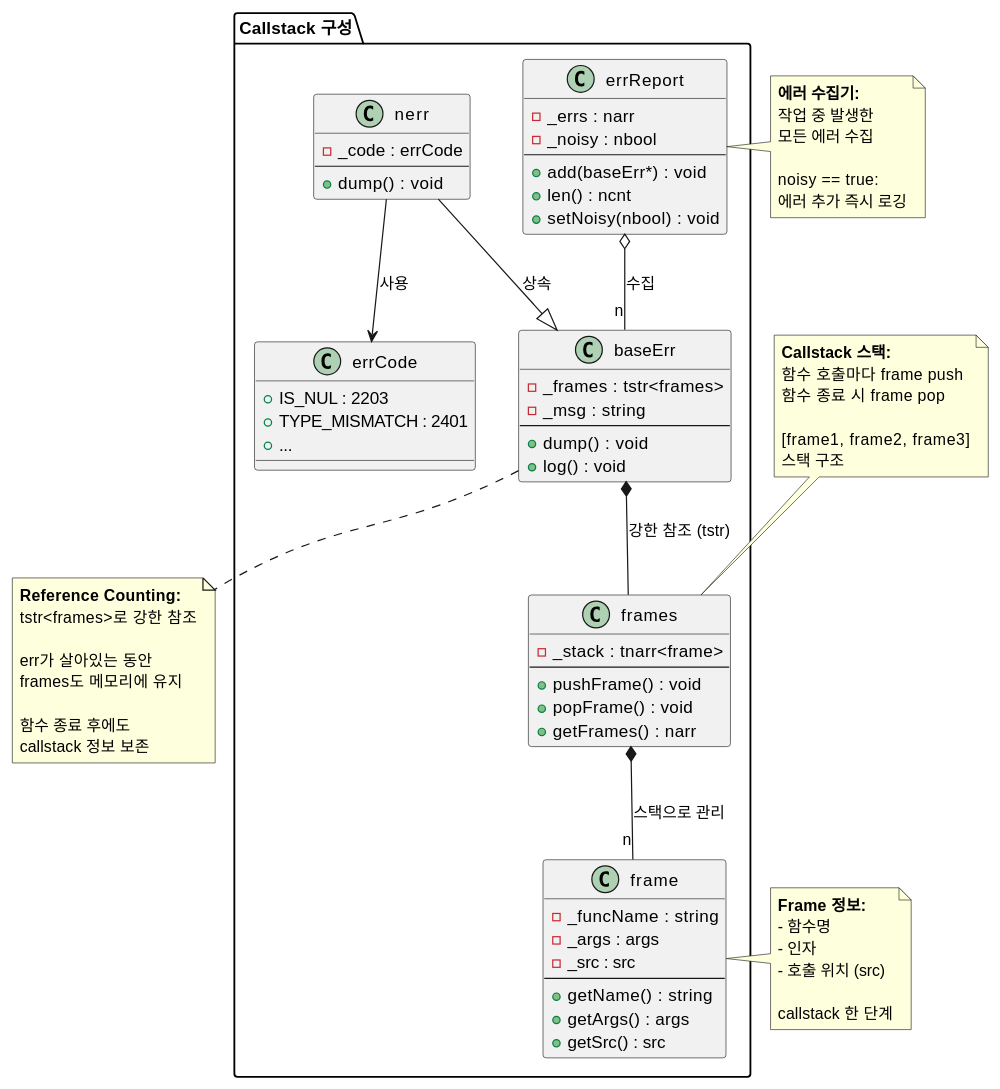
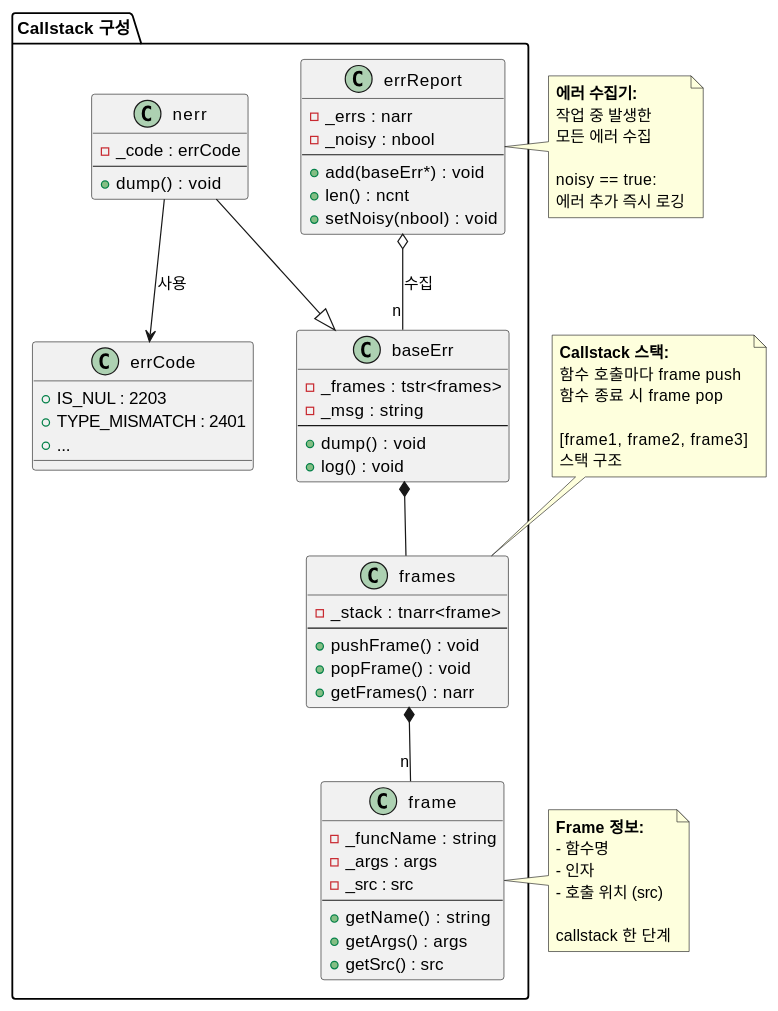
Before and after one commit to byeolang/byeol: diagram 18 of 19 in doc/ref/ko/ai-architecture-core.md, drawn with PlantUML. The commit also changed other lines of this file, not shown here.

```diff
--- a/doc/ref/ko/ai-architecture-core.md
+++ b/doc/ref/ko/ai-architecture-core.md
@@ -4623,17 +4035,6 @@
   callstack 한 단계
 end note
 
-note bottom of baseErr
-  <b>Reference Counting:</b>
-  tstr<frames>로 강한 참조
-
-  err가 살아있는 동안
-  frames도 메모리에 유지
-
-  함수 종료 후에도
-  callstack 정보 보존
-end note
-
 note right of errReport
   <b>에러 수집기:</b>
   작업 중 발생한
@@ -4643,9 +4044,9 @@
   에러 추가 즉시 로깅
 end note
 
-frames *-- "n" frame : 스택으로 관리
-baseErr *-- frames : 강한 참조 (tstr)
-nerr --|> baseErr : 상속
+frames *-- "n" frame
+baseErr *-- frames
+nerr --|> baseErr
 errReport o-- "n" baseErr : 수집
 nerr --> errCode : 사용
 
```
